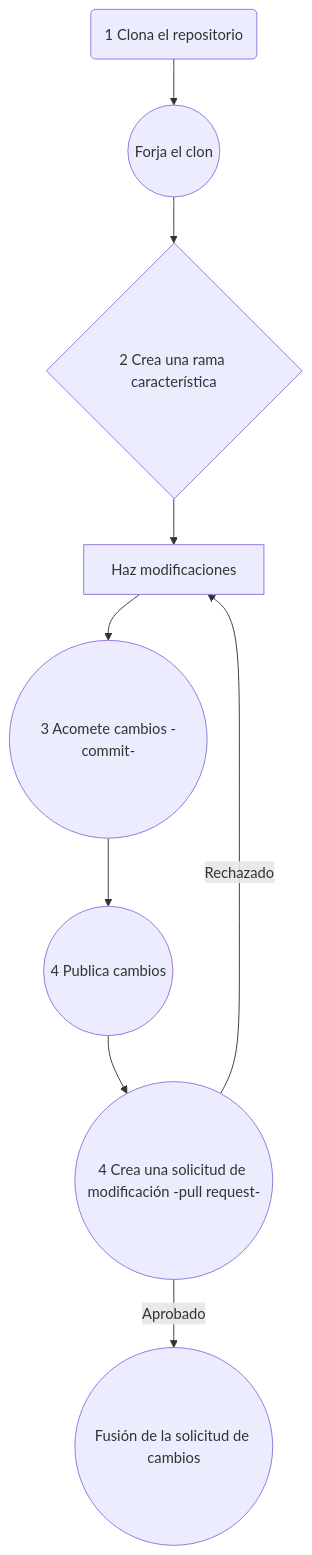
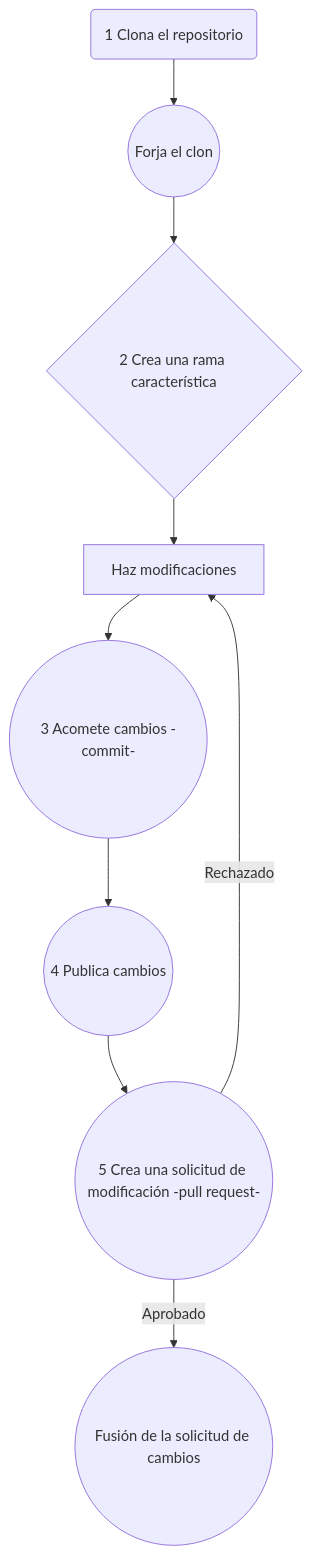
Before and after one commit to No-Country-simulation/s18-09-m-node-react: the diagram in README.md, drawn with Mermaid.

````diff
--- a/README.md
+++ b/README.md
@@ -127,11 +127,11 @@
 ```mermaid
 flowchart
    A(1 Clona el repositorio) --> B((Forja el clon))
    B --> C{2 Crea una rama característica}
    C --> D[Haz modificaciones]
    D --> E((3 Acomete cambios -commit-))
    E --> F((4 Publica cambios))
-   F --> G((4 Crea una solicitud de modificación -pull request-))
+   F --> G((5 Crea una solicitud de modificación -pull request-))
    G -- Aprobado --> H((Fusión de la solicitud de cambios))
    G -- Rechazado --> D
 ```
````
